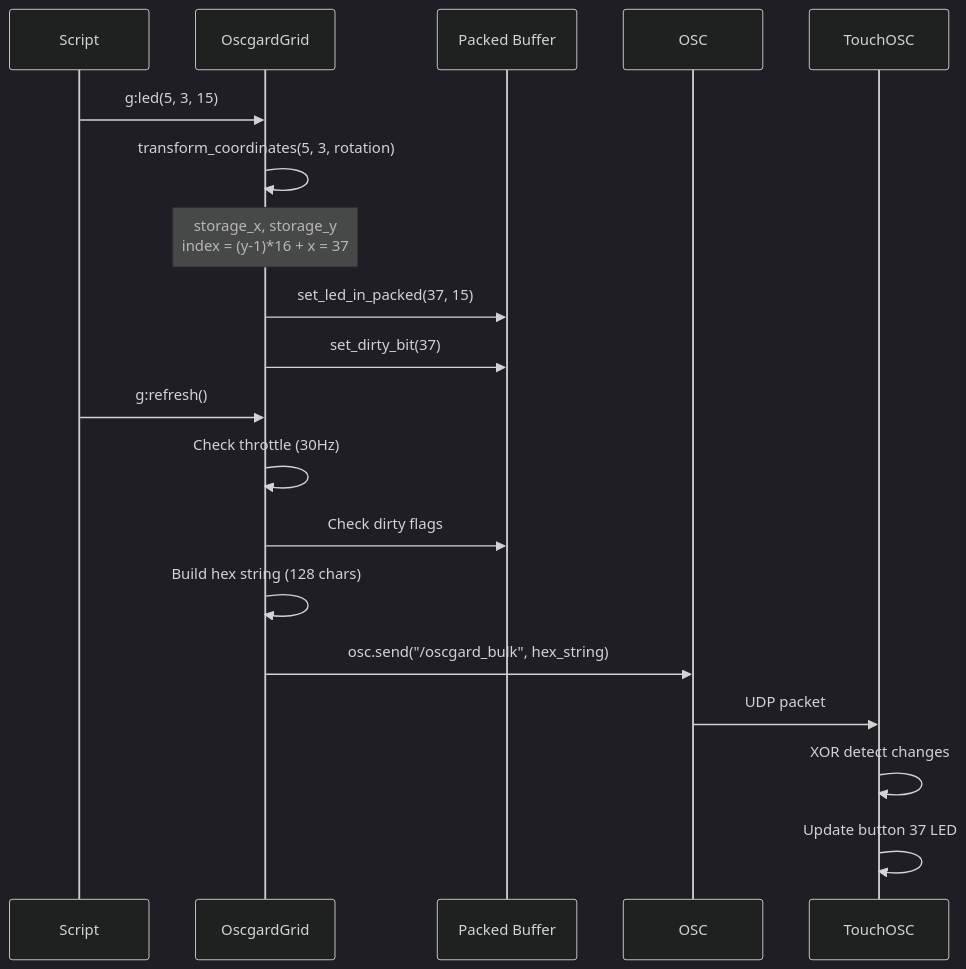
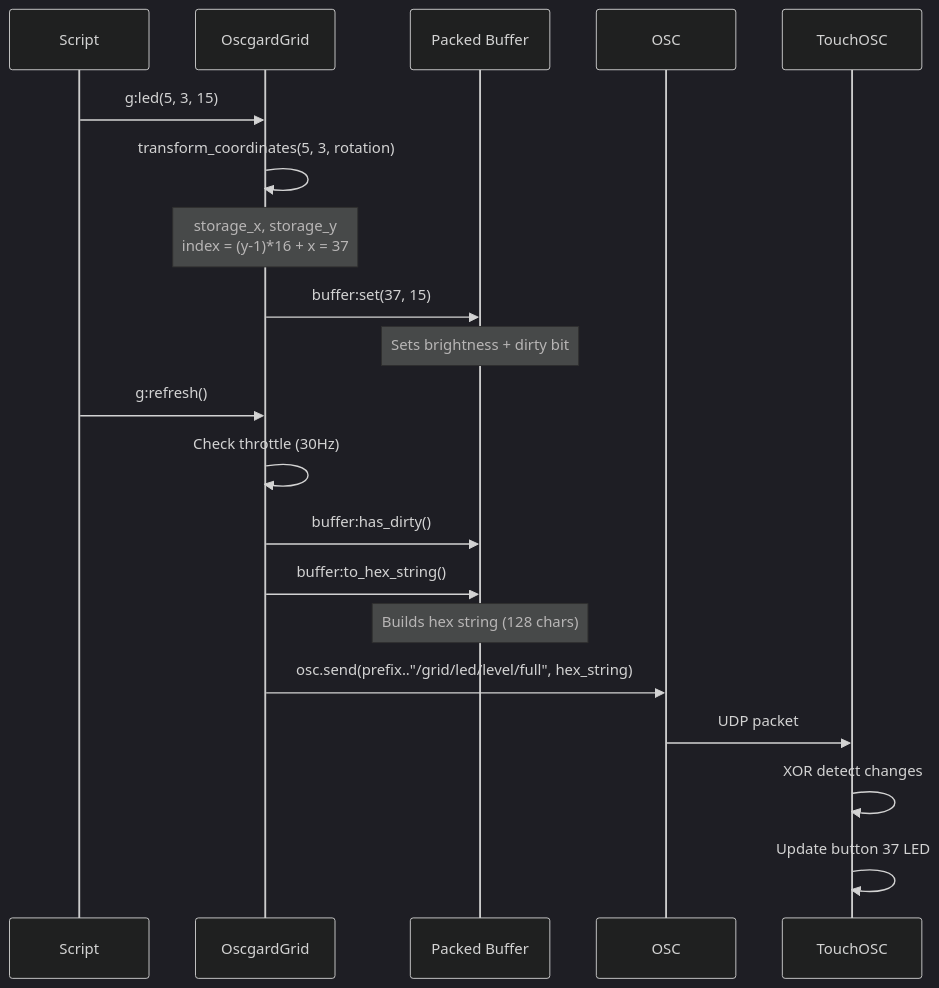
One commit to ilatovsky/toga changed the third of 4 diagrams in docs/ARCHITECTURE.md. Above: the diagram before and after it, drawn with Mermaid (dark theme). The commit also changed other lines of this file and 10 other files, not shown here.

````diff
--- a/docs/ARCHITECTURE.md
+++ b/docs/ARCHITECTURE.md
@@ -372,23 +421,24 @@
 ```mermaid
 sequenceDiagram
     participant Script
     participant OscgardGrid
     participant Buffer as Packed Buffer
     participant OSC
     participant TouchOSC
     
     Script->>OscgardGrid: g:led(5, 3, 15)
     OscgardGrid->>OscgardGrid: transform_coordinates(5, 3, rotation)
     Note over OscgardGrid: storage_x, storage_y<br/>index = (y-1)*16 + x = 37
-    OscgardGrid->>Buffer: set_led_in_packed(37, 15)
-    OscgardGrid->>Buffer: set_dirty_bit(37)
-    
+    OscgardGrid->>Buffer: buffer:set(37, 15)
+    Note over Buffer: Sets brightness + dirty bit
+
     Script->>OscgardGrid: g:refresh()
     OscgardGrid->>OscgardGrid: Check throttle (30Hz)
-    OscgardGrid->>Buffer: Check dirty flags
-    OscgardGrid->>OscgardGrid: Build hex string (128 chars)
-    OscgardGrid->>OSC: osc.send("/oscgard_bulk", hex_string)
+    OscgardGrid->>Buffer: buffer:has_dirty()
+    OscgardGrid->>Buffer: buffer:to_hex_string()
+    Note over Buffer: Builds hex string (128 chars)
+    OscgardGrid->>OSC: osc.send(prefix.."/grid/led/level/full", hex_string)
     OSC->>TouchOSC: UDP packet
     TouchOSC->>TouchOSC: XOR detect changes
     TouchOSC->>TouchOSC: Update button 37 LED
 ```
````
